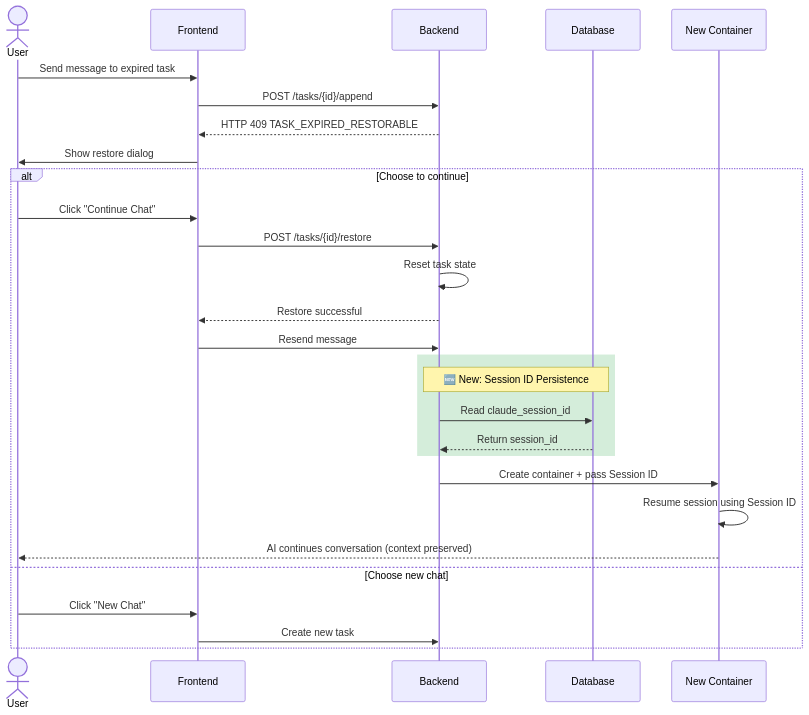
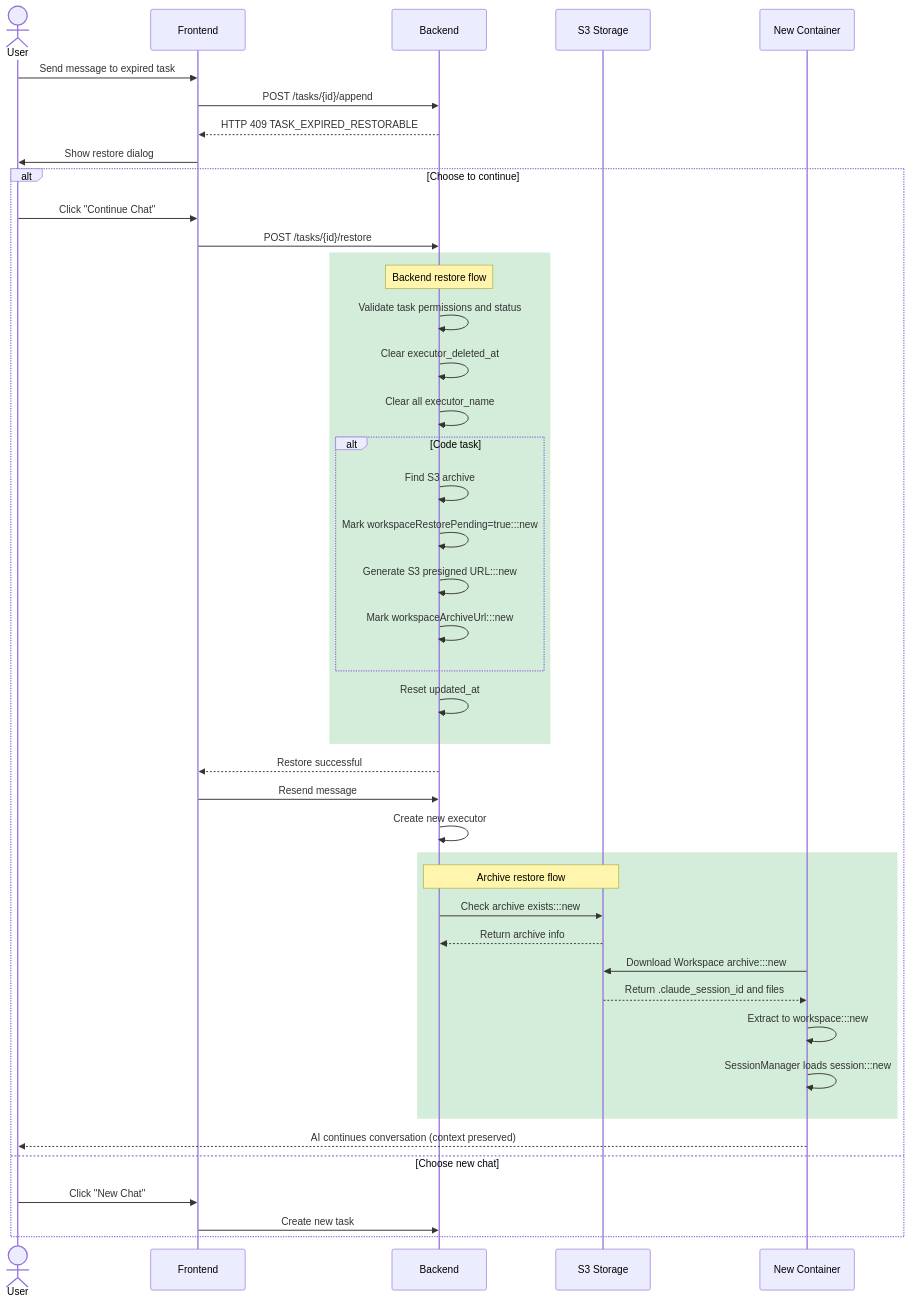
The second of 9 diagrams in docs/en/features/task-restore.md (wecode-ai/Wegent), drawn with Mermaid before and after one commit. The commit also changed other lines of this file and 6 other files, not shown here.

First line of the commit message:
remove db session id persistence (#506)

````diff
--- a/docs/en/features/task-restore.md
+++ b/docs/en/features/task-restore.md
@@ -47,32 +74,56 @@
 ```mermaid
 sequenceDiagram
     actor User
     participant Frontend
     participant Backend
-    participant Database
+    participant S3 as S3 Storage
     participant NewContainer as New Container
 
     User->>Frontend: Send message to expired task
     Frontend->>Backend: POST /tasks/{id}/append
     Backend-->>Frontend: HTTP 409 TASK_EXPIRED_RESTORABLE
     Frontend->>User: Show restore dialog
 
     alt Choose to continue
         User->>Frontend: Click "Continue Chat"
         Frontend->>Backend: POST /tasks/{id}/restore
-        Backend->>Backend: Reset task state
+
+        rect rgb(212, 237, 218)
+            Note over Backend: Backend restore flow
+            Backend->>Backend: Validate task permissions and status
+            Backend->>Backend: Clear executor_deleted_at
+            Backend->>Backend: Clear all executor_name
+
+            alt Code task
+                Backend->>Backend: Find S3 archive
+                Backend->>Backend: Mark workspaceRestorePending=true:::new
+                Backend->>Backend: Generate S3 presigned URL:::new
+                Backend->>Backend: Mark workspaceArchiveUrl:::new
+            end
+
+            Backend->>Backend: Reset updated_at
+        end
+
         Backend-->>Frontend: Restore successful
         Frontend->>Backend: Resend message
+        Backend->>Backend: Create new executor
+
         rect rgb(212, 237, 218)
-            Note over Backend,Database: 🆕 New: Session ID Persistence
-            Backend->>Database: Read claude_session_id
-            Database-->>Backend: Return session_id
+            Note over Backend,S3: Archive restore flow
+            Backend->>S3: Check archive exists:::new
+            S3-->>Backend: Return archive info
+
+            NewContainer->>S3: Download Workspace archive:::new
+            S3-->>NewContainer: Return .claude_session_id and files
+
+            NewContainer->>NewContainer: Extract to workspace:::new
+            NewContainer->>NewContainer: SessionManager loads session:::new
         end
-        Backend->>NewContainer: Create container + pass Session ID
-        NewContainer->>NewContainer: Resume session using Session ID
+
         NewContainer-->>User: AI continues conversation (context preserved)
+
     else Choose new chat
         User->>Frontend: Click "New Chat"
         Frontend->>Backend: Create new task
     end
 ```
````
